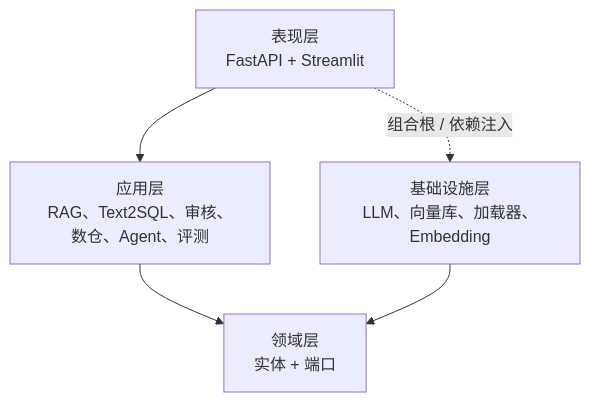
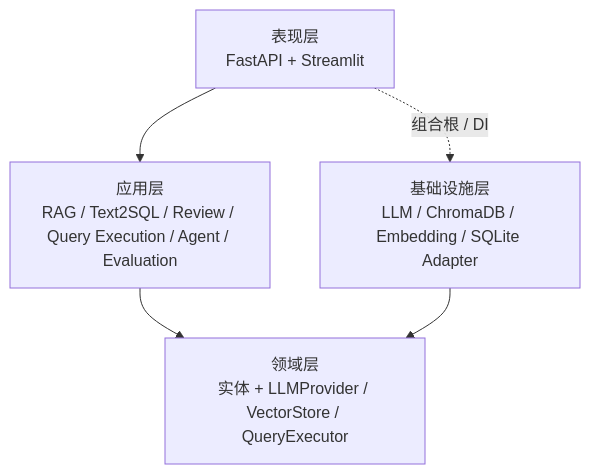
One commit to plutoczm/DataCopilot changed the first of 8 diagrams in docs/ARCHITECTURE.md. Above: the diagram before and after it, drawn with Mermaid. The commit also changed other lines of this file, not shown here.

Commit message:
docs: align architecture with governed execution boundary

````diff
--- a/docs/ARCHITECTURE.md
+++ b/docs/ARCHITECTURE.md
@@ -7,12 +7,12 @@
 ```mermaid
 flowchart TB
     Presentation[表现层<br/>FastAPI + Streamlit]
-    Application[应用层<br/>RAG、Text2SQL、审核、数仓、Agent、评测]
-    Domain[领域层<br/>实体 + 端口]
-    Infrastructure[基础设施层<br/>LLM、向量库、加载器、Embedding]
+    Application[应用层<br/>RAG / Text2SQL / Review / Query Execution / Agent / Evaluation]
+    Domain[领域层<br/>实体 + LLMProvider / VectorStore / QueryExecutor]
+    Infrastructure[基础设施层<br/>LLM / ChromaDB / Embedding / SQLite Adapter]
 
     Presentation --> Application
     Application --> Domain
     Infrastructure --> Domain
-    Presentation -. 组合根 / 依赖注入 .-> Infrastructure
+    Presentation -. 组合根 / DI .-> Infrastructure
 ```
````
